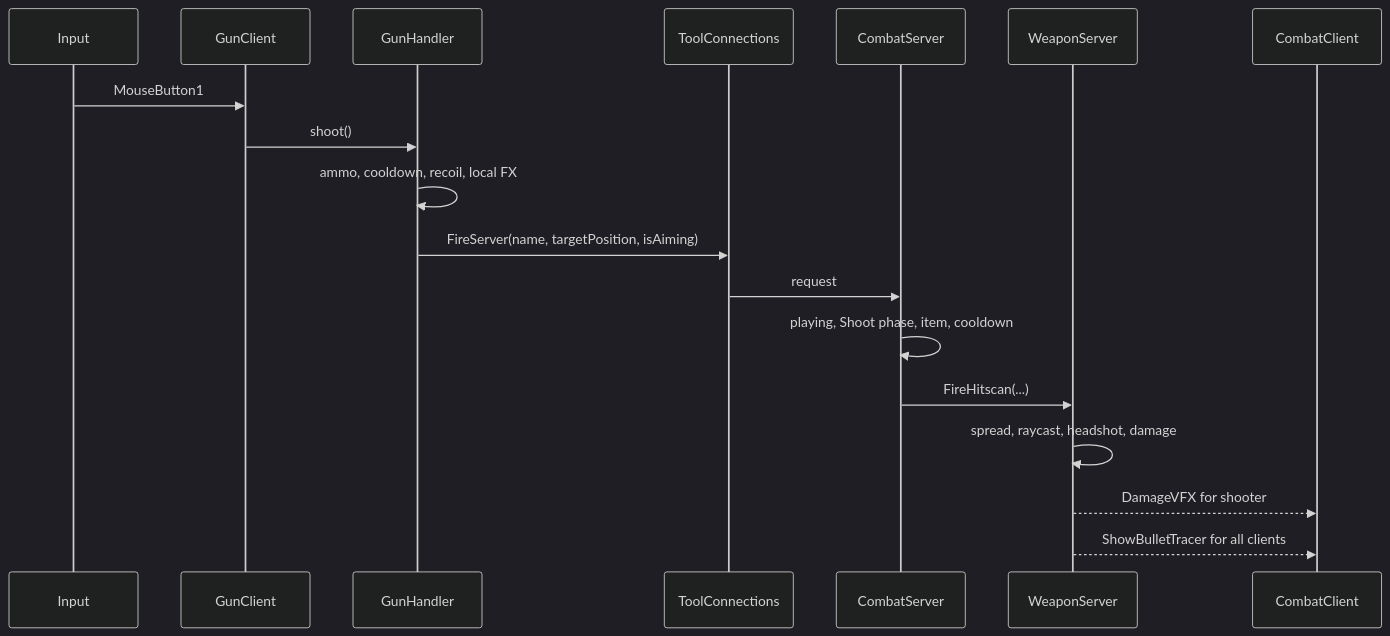
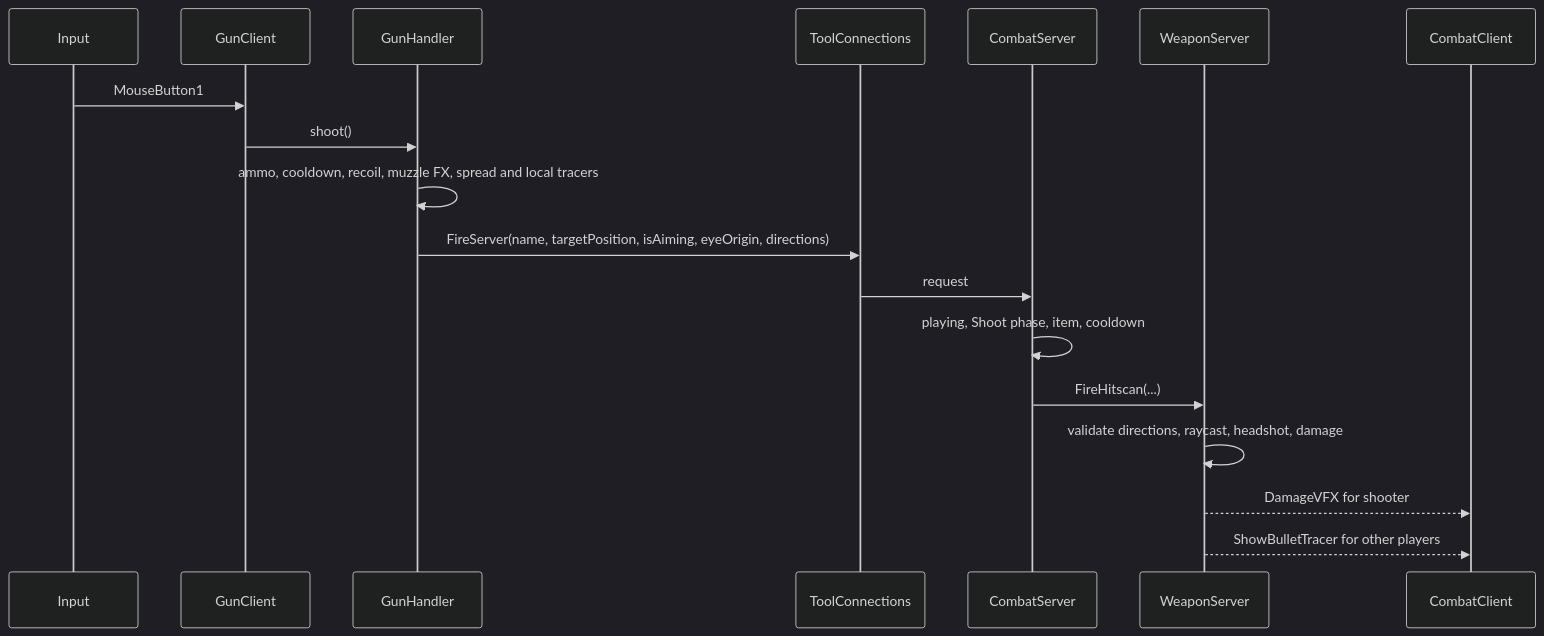
The diagram in github_wiki/Combat-and-Weapons.md (AZ9tumas/color_clash), drawn with Mermaid (dark theme) before and after one commit. The commit also changed other lines of this file and 31 other files, not shown here.

````diff
--- a/github_wiki/Combat-and-Weapons.md
+++ b/github_wiki/Combat-and-Weapons.md
@@ -17,21 +17,21 @@
 ```mermaid
 sequenceDiagram
     participant I as Input
     participant GC as GunClient
     participant GH as GunHandler
     participant CR as ToolConnections
     participant CS as CombatServer
     participant WS as WeaponServer
     participant CC as CombatClient
 
     I->>GC: MouseButton1
     GC->>GH: shoot()
-    GH->>GH: ammo, cooldown, recoil, local FX
-    GH->>CR: FireServer(name, targetPosition, isAiming)
+    GH->>GH: ammo, cooldown, recoil, muzzle FX, spread and local tracers
+    GH->>CR: FireServer(name, targetPosition, isAiming, eyeOrigin, directions)
     CR->>CS: request
     CS->>CS: playing, Shoot phase, item, cooldown
     CS->>WS: FireHitscan(...)
-    WS->>WS: spread, raycast, headshot, damage
+    WS->>WS: validate directions, raycast, headshot, damage
     WS-->>CC: DamageVFX for shooter
-    WS-->>CC: ShowBulletTracer for all clients
+    WS-->>CC: ShowBulletTracer for other players
 ```
````
